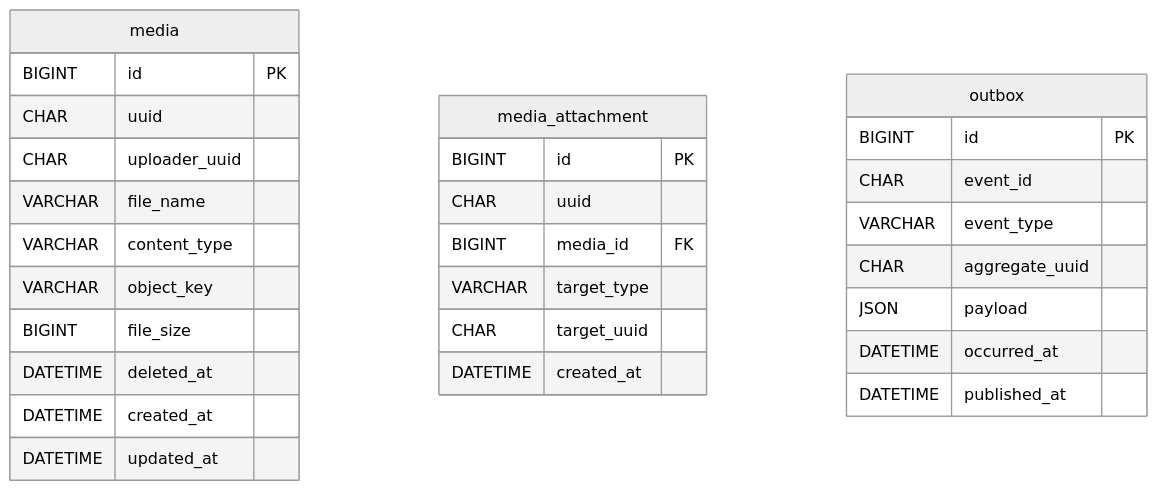
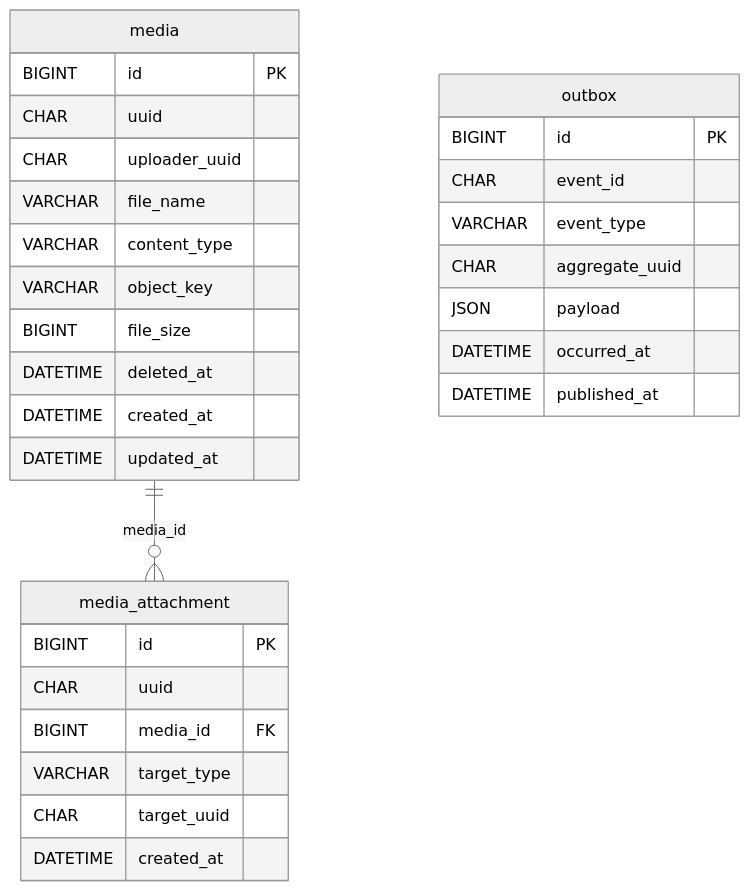
Before and after one commit to louie-kury/louie-kury-document: the first of 2 diagrams in docs/erd/svc_media.md, drawn with Mermaid (neutral theme). The commit also changed other lines of this file and 10 other files, not shown here.

Commit message:
docs: ERD 테이블 사이 관계선 추가

````diff
--- a/docs/erd/svc_media.md
+++ b/docs/erd/svc_media.md
@@ -10,32 +10,33 @@
 ```mermaid
 erDiagram
     media {
         BIGINT id PK
         CHAR uuid
         CHAR uploader_uuid
         VARCHAR file_name
         VARCHAR content_type
         VARCHAR object_key
         BIGINT file_size
         DATETIME deleted_at
         DATETIME created_at
         DATETIME updated_at
     }
     media_attachment {
         BIGINT id PK
         CHAR uuid
         BIGINT media_id FK
         VARCHAR target_type
         CHAR target_uuid
         DATETIME created_at
     }
     outbox {
         BIGINT id PK
         CHAR event_id
         VARCHAR event_type
         CHAR aggregate_uuid
         JSON payload
         DATETIME occurred_at
         DATETIME published_at
     }
+    media ||--o{ media_attachment : "media_id"
 ```
````
